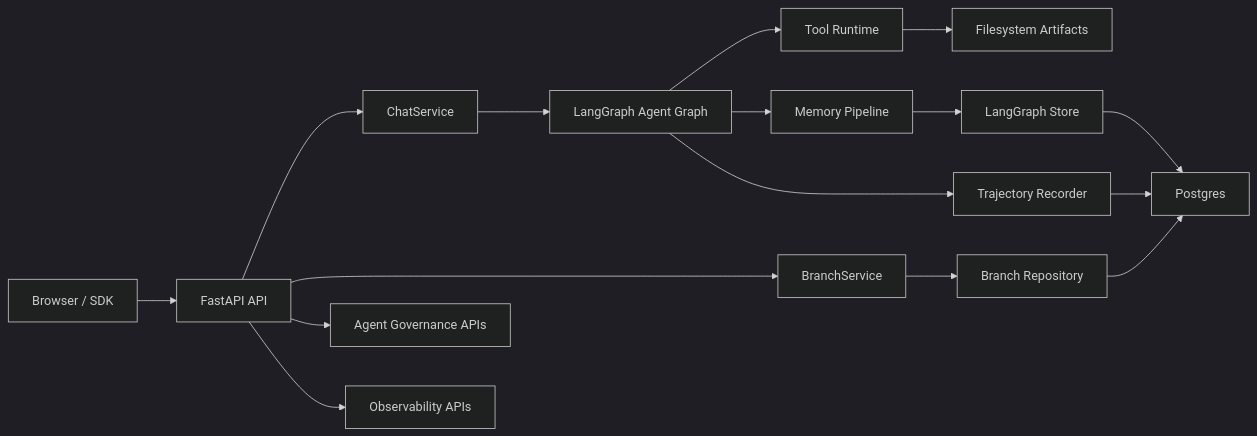
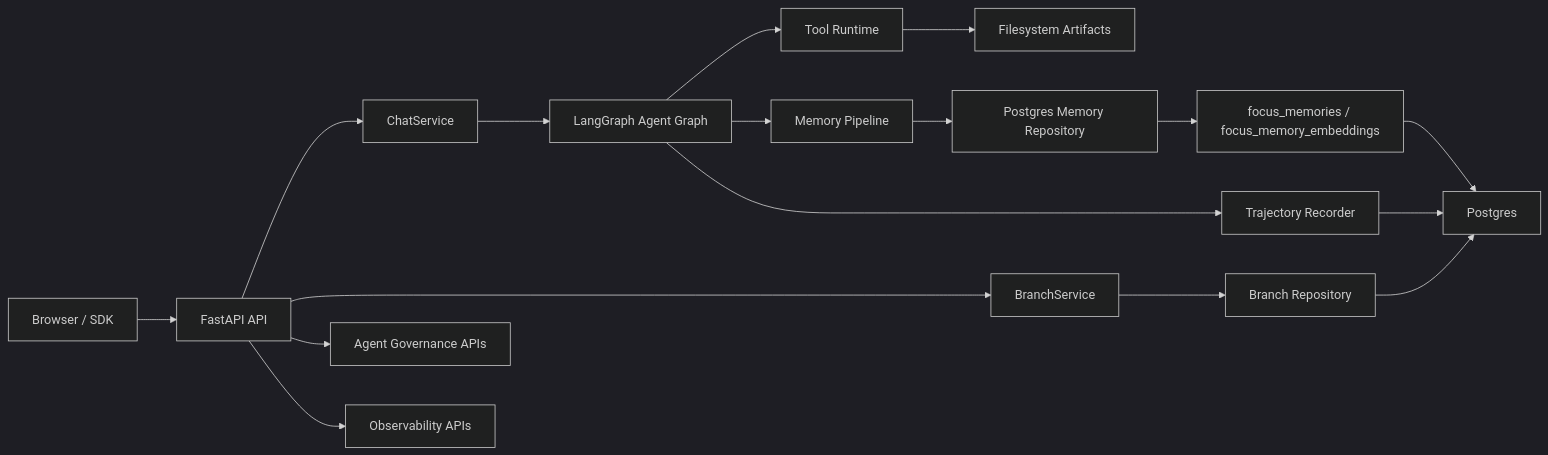
The first of 5 diagrams in docs/architecture.md (William-zgx/focus-agent), drawn with Mermaid (dark theme) before and after one commit. The commit also changed other lines of this file and 13 other files, not shown here.

````diff
--- a/docs/architecture.md
+++ b/docs/architecture.md
@@ -42,18 +42,19 @@
 ```mermaid
 flowchart LR
     User["Browser / SDK"] --> API["FastAPI API"]
     API --> Chat["ChatService"]
     API --> Branch["BranchService"]
     API --> Governance["Agent Governance APIs"]
     API --> Obs["Observability APIs"]
     Chat --> Graph["LangGraph Agent Graph"]
     Graph --> Tools["Tool Runtime"]
     Graph --> Memory["Memory Pipeline"]
     Graph --> Trace["Trajectory Recorder"]
     Branch --> Repo["Branch Repository"]
-    Memory --> Store["LangGraph Store"]
+    Memory --> MemoryRepo["Postgres Memory Repository"]
+    MemoryRepo --> MemoryTables["focus_memories / focus_memory_embeddings"]
     Trace --> PG["Postgres"]
     Repo --> PG
-    Store --> PG
+    MemoryTables --> PG
     Tools --> Artifacts["Filesystem Artifacts"]
 ```
````
